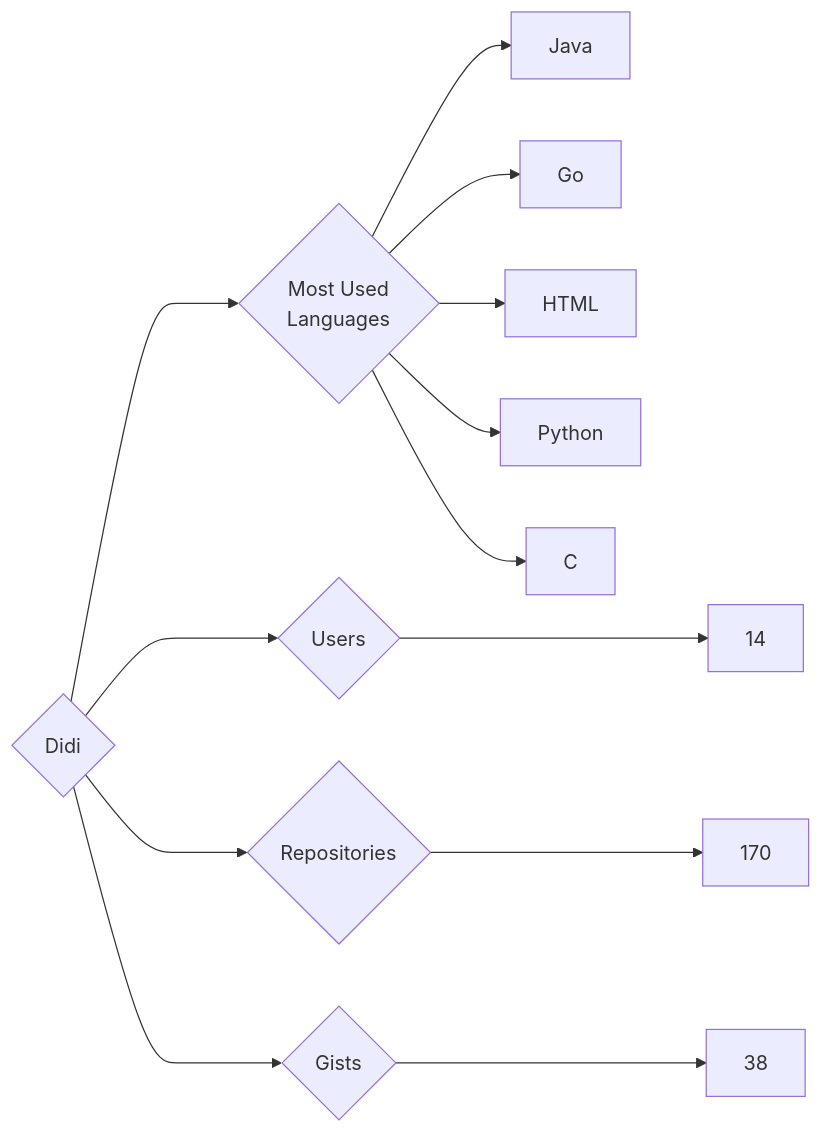
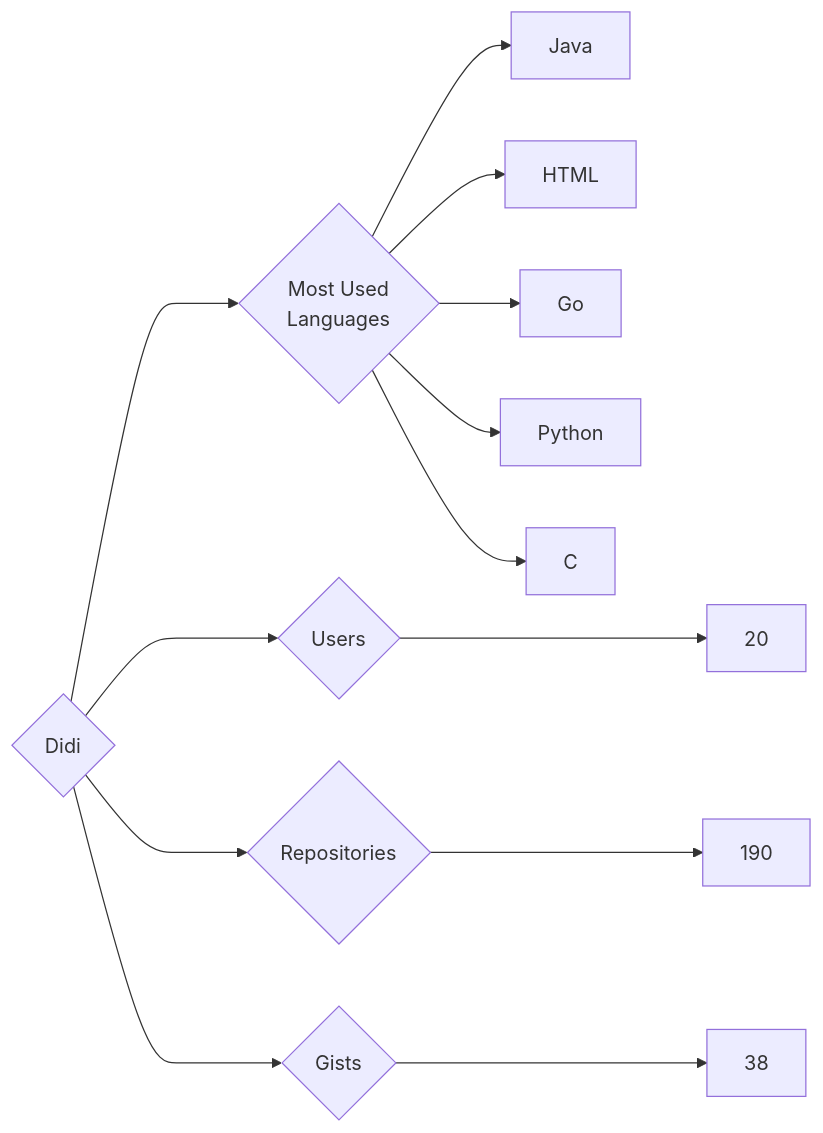
The diagram in targets/Didi/README.md (trickest/insiders), drawn with Mermaid before and after one commit. The commit also changed 809 other files, not shown here.

````diff
--- a/targets/Didi/README.md
+++ b/targets/Didi/README.md
@@ -3,13 +3,13 @@
 ```mermaid
 graph LR
 COMPANY_NAME{Didi}
-COMPANY_NAME ---> U{Users} ---> UN[14]
-COMPANY_NAME ---> R{Repositories} ---> RN[170]
+COMPANY_NAME ---> U{Users} ---> UN[20]
+COMPANY_NAME ---> R{Repositories} ---> RN[190]
 COMPANY_NAME ---> G{Gists} ---> GN[38]
 COMPANY_NAME ---> ML{Most Used<br>Languages}
 ML --> Java[Java]
+ML --> HTML[HTML]
 ML --> Go[Go]
-ML --> HTML[HTML]
 ML --> Python[Python]
 ML --> C[C]
 ```
````
